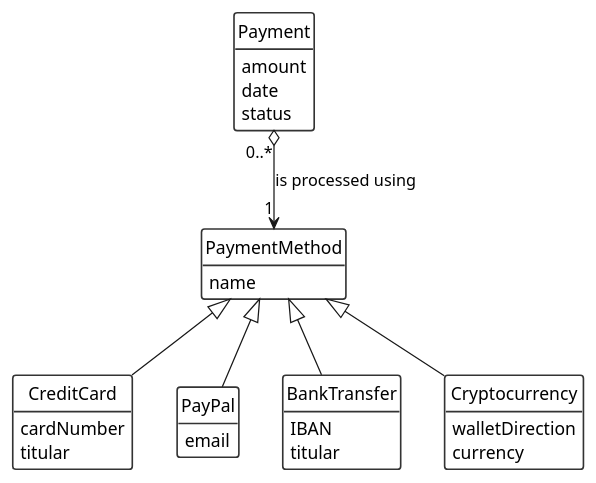
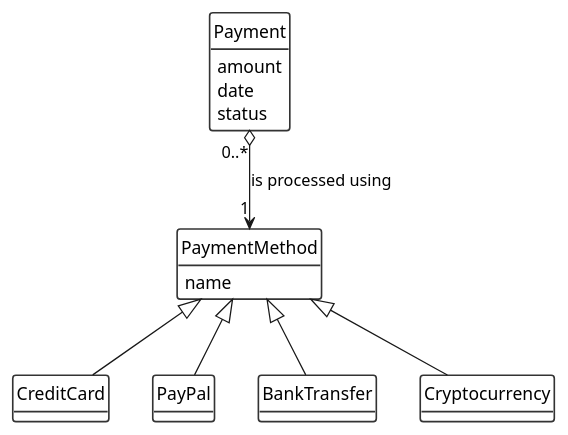
The diagram in 01-solid/01-payment-system/docs/diagrams/03-class-diagrams/conceptual-class-diagram/conceptual-class-diagram.puml (wcortiz/java-learning), drawn with PlantUML before and after one commit. The commit also changed 2 other files, not shown here.

Commit message:
docs(payment-system): edit conceptual class diagram and update README

```diff
--- a/01-solid/01-payment-system/docs/diagrams/03-class-diagrams/conceptual-class-diagram/conceptual-class-diagram.puml
+++ b/01-solid/01-payment-system/docs/diagrams/03-class-diagrams/conceptual-class-diagram/conceptual-class-diagram.puml
@@ -1,58 +1,47 @@
 @startuml conceptual-class-diagram
 
 '------- HIDE ELEMENTOS AND SKINPARAM ---------'
 
 skinparam classAttributeIconSize 0
 skinparam classBorderThickness 1.3
 
 hide methods
 hide circle
 
 '------------- COLOR DEFINITION ---------------'
 
 skinparam class {
     BackgroundColor #FFFFFF
     BorderColor     #333333
 }
 
 '------------ ELEMENTS DEFINITION ---------------'
 
 class Payment {
     amount
     date
     status
 }
 
 class PaymentMethod {
     name
 }
 
-class CreditCard {
-    cardNumber
-    titular
-}
+class CreditCard
 
-class PayPal {
-    email
-}
+class PayPal
 
-class BankTransfer {
-    IBAN
-    titular
-}
+class BankTransfer
 
-class Cryptocurrency {
-    walletDirection
-    currency
-}
+class Cryptocurrency
 
 '-------------- RELATIONSHIPS -----------------'
 
 Payment "0..*" o--> "1" PaymentMethod : is processed using
 
 PaymentMethod <|-- CreditCard
 PaymentMethod <|-- PayPal
 PaymentMethod <|-- BankTransfer
 PaymentMethod <|-- Cryptocurrency
 
 @enduml
```
